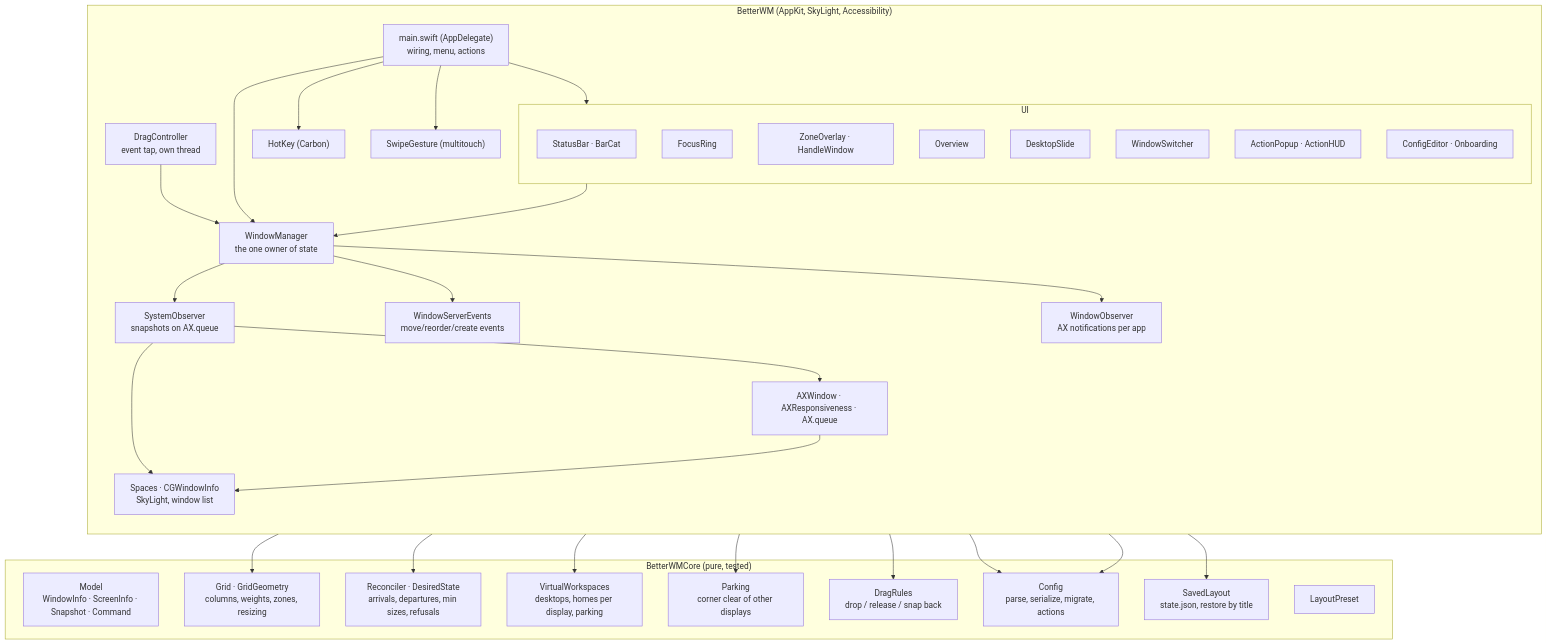
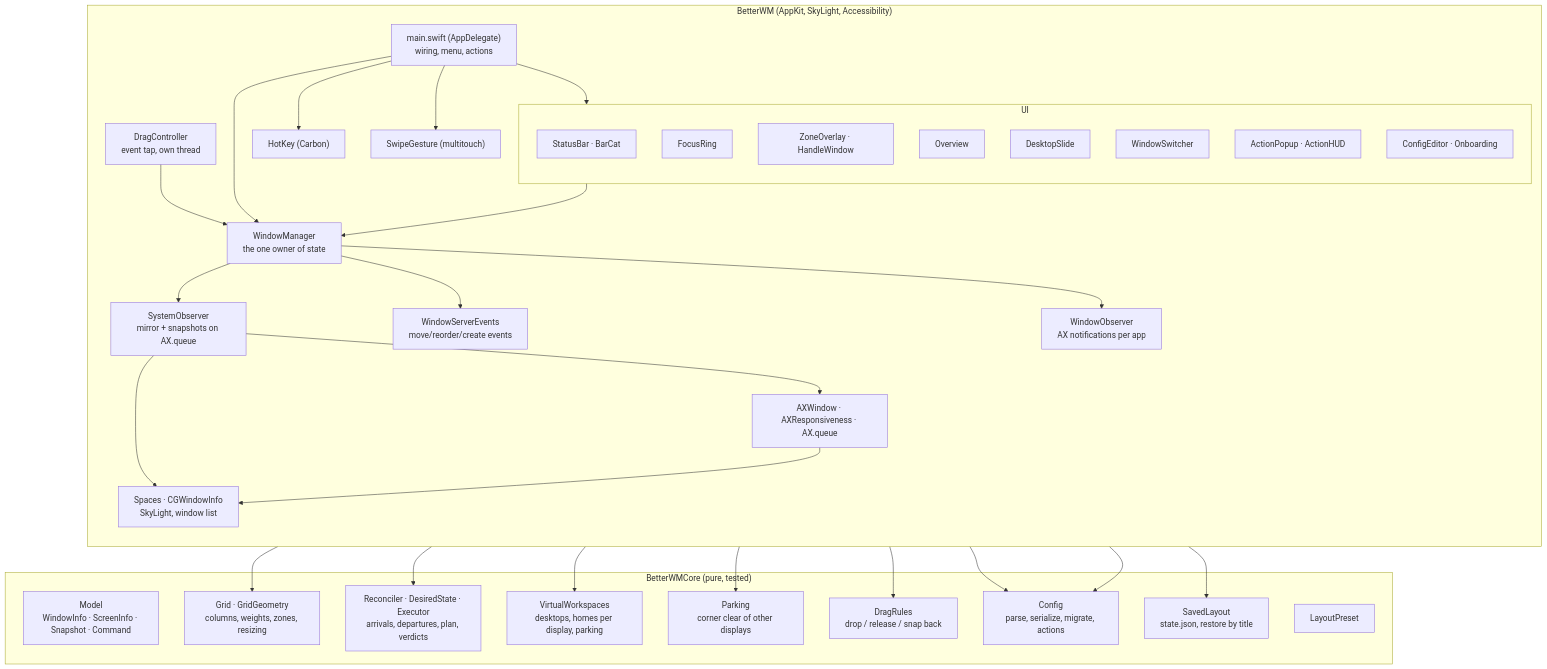
Before and after one commit to nanot1m/better-win-manager: the first of 6 diagrams in docs/architecture.md, drawn with Mermaid. The commit also changed other lines of this file and 9 other files, not shown here.

First line of the commit message:
Reconciliation through a plan IR and an executor with verdicts; snapshots from a window mirror

````diff
--- a/docs/architecture.md
+++ b/docs/architecture.md
@@ -9,59 +9,59 @@
 ```mermaid
 flowchart TB
     subgraph Core["BetterWMCore (pure, tested)"]
         Model["Model<br/>WindowInfo · ScreenInfo · Snapshot · Command"]
         Grid["Grid · GridGeometry<br/>columns, weights, zones, resizing"]
-        Reconciler["Reconciler · DesiredState<br/>arrivals, departures, min sizes, refusals"]
+        Reconciler["Reconciler · DesiredState · Executor<br/>arrivals, departures, plan, verdicts"]
         VW["VirtualWorkspaces<br/>desktops, homes per display, parking"]
         Parking["Parking<br/>corner clear of other displays"]
         DragRules["DragRules<br/>drop / release / snap back"]
         Config["Config<br/>parse, serialize, migrate, actions"]
         Persistence["SavedLayout<br/>state.json, restore by title"]
         Presets["LayoutPreset"]
     end
 
     subgraph App["BetterWM (AppKit, SkyLight, Accessibility)"]
         direction TB
         WM["WindowManager<br/>the one owner of state"]
-        SO["SystemObserver<br/>snapshots on AX.queue"]
+        SO["SystemObserver<br/>mirror + snapshots on AX.queue"]
         AX["AXWindow · AXResponsiveness · AX.queue"]
         Spaces["Spaces · CGWindowInfo<br/>SkyLight, window list"]
         WSE["WindowServerEvents<br/>move/reorder/create events"]
         WO["WindowObserver<br/>AX notifications per app"]
         Drag["DragController<br/>event tap, own thread"]
         HotKey["HotKey (Carbon)"]
         Gestures["SwipeGesture (multitouch)"]
         subgraph UI["UI"]
             Bar["StatusBar · BarCat"]
             Ring["FocusRing"]
             Overlay["ZoneOverlay · HandleWindow"]
             Overview["Overview"]
             Slide["DesktopSlide"]
             Switcher["WindowSwitcher"]
             Popup["ActionPopup · ActionHUD"]
             Settings["ConfigEditor · Onboarding"]
         end
         Main["main.swift (AppDelegate)<br/>wiring, menu, actions"]
     end
 
     WM --> Reconciler
     WM --> VW
     WM --> Grid
     WM --> Persistence
     WM --> Parking
     WM --> SO
     SO --> AX
     SO --> Spaces
     AX --> Spaces
     WM --> WSE
     WM --> WO
     Drag --> DragRules
     Drag --> WM
     Main --> WM
     Main --> HotKey
     Main --> Gestures
     Main --> UI
     UI --> WM
     Settings --> Config
     WM --> Config
 ```
````
